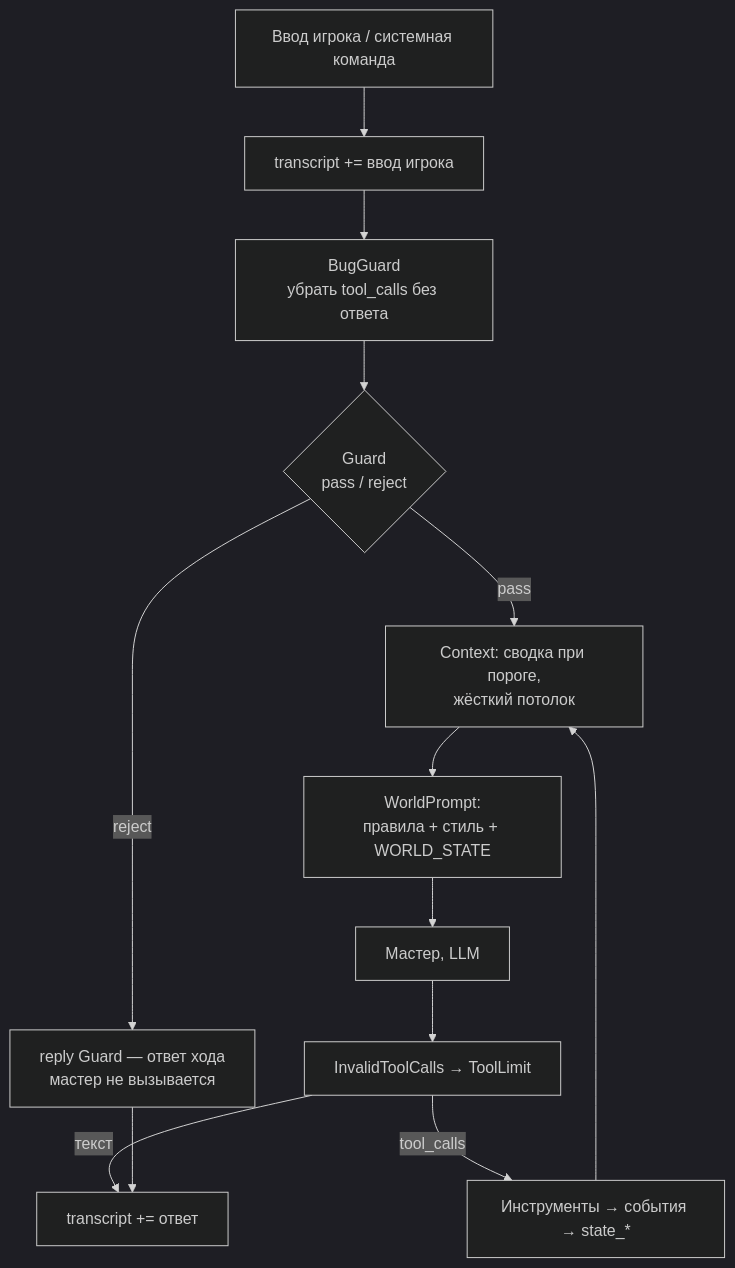
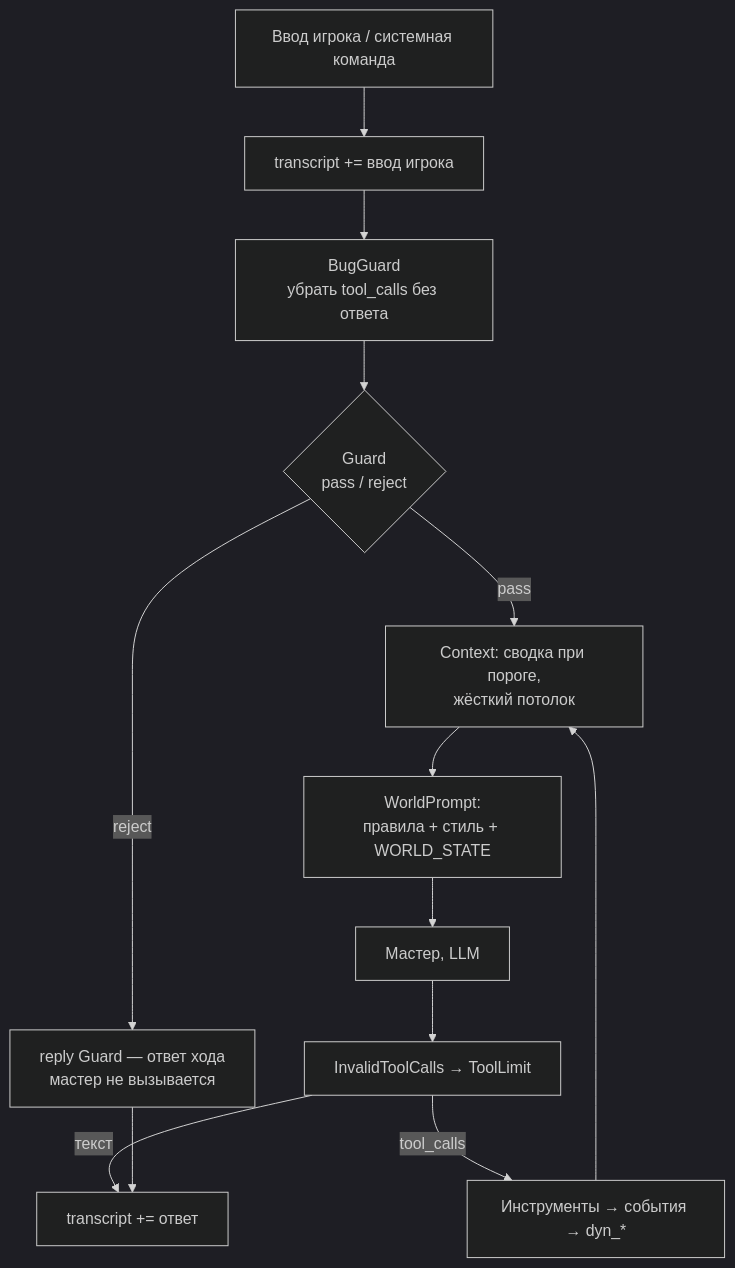
Before and after one commit to Bataevk/QuipQuill: the first of 2 diagrams in docs/architecture/agent.md, drawn with Mermaid (dark theme). The commit also changed other lines of this file and 17 other files, not shown here.

First line of the commit message:
Stage 6.2a: dynamic graph over the story, CANCEL relations

````diff
--- a/docs/architecture/agent.md
+++ b/docs/architecture/agent.md
@@ -7,15 +7,15 @@
 ```mermaid
 graph TD
   IN[Ввод игрока / системная команда] --> TRI[transcript += ввод игрока]
   TRI --> BG[BugGuard<br/>убрать tool_calls без ответа]
   BG --> GU{Guard<br/>pass / reject}
   GU -->|reject| RJ[reply Guard — ответ хода<br/>мастер не вызывается]
   GU -->|pass| CM[Context: сводка при пороге,<br/>жёсткий потолок]
   CM --> DP[WorldPrompt:<br/>правила + стиль + WORLD_STATE]
   DP --> GM[Мастер, LLM]
   GM --> AM[InvalidToolCalls → ToolLimit]
-  AM -->|tool_calls| TL[Инструменты → события → state_*]
+  AM -->|tool_calls| TL[Инструменты → события → dyn_*]
   TL --> CM
   AM -->|текст| OUT[transcript += ответ]
   RJ --> OUT
 ```
````
